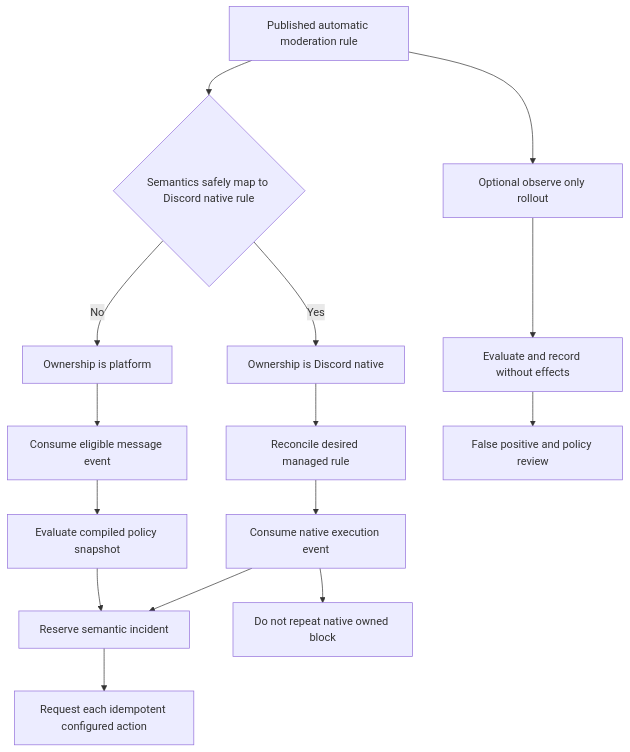
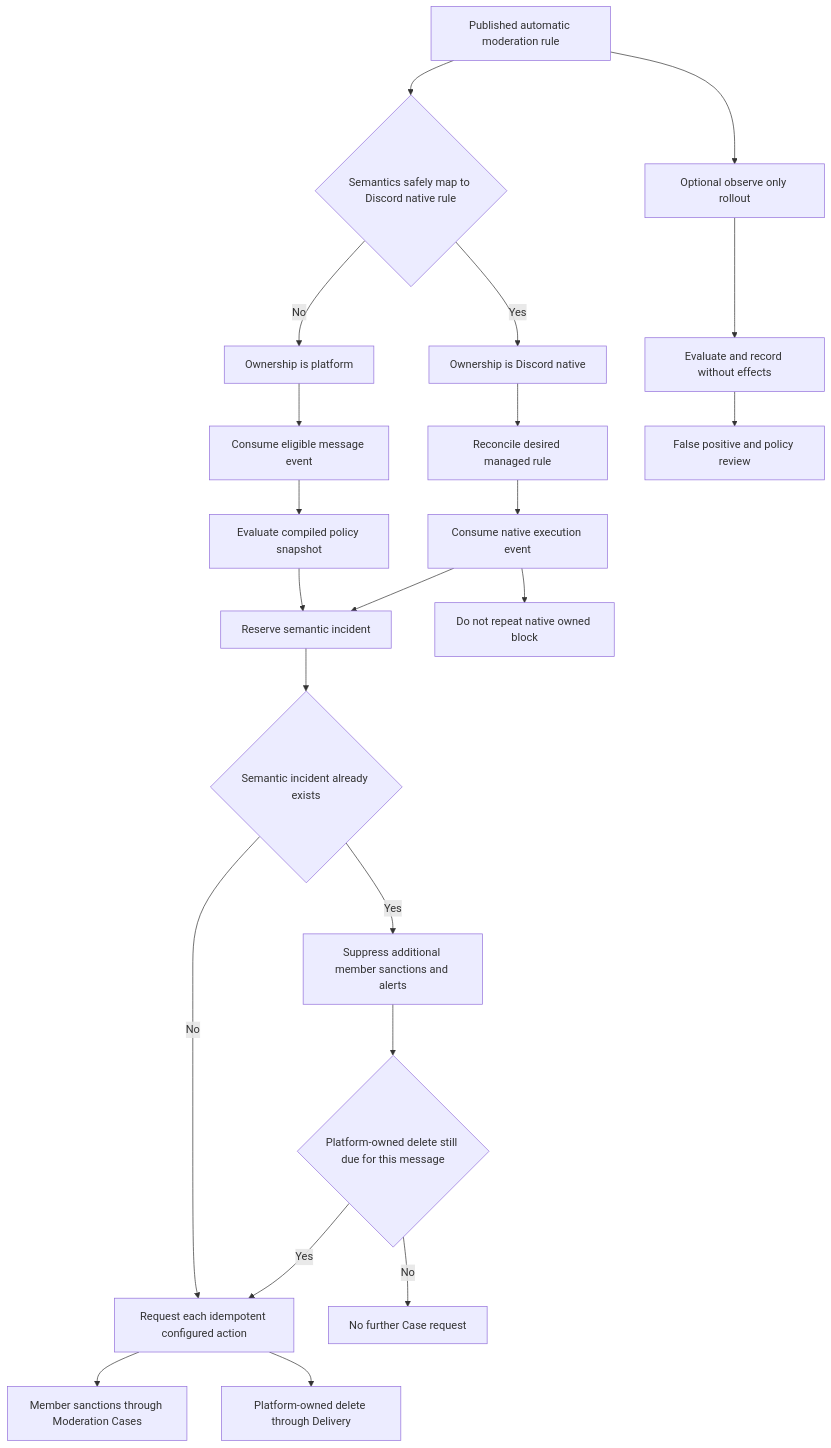
The diagram in docs/architecture/15-moderation.md (obsidia-systems/Discord-Bot-Open-Source), drawn with Mermaid before and after one commit. The commit also changed other lines of this file and 27 other files, not shown here.

First line of the commit message:
feat(architecture): add comprehensive architecture review documentation

````diff
--- a/docs/architecture/15-moderation.md
+++ b/docs/architecture/15-moderation.md
@@ -151,20 +161,27 @@
 ```mermaid
 flowchart TD
     Policy[Published automatic moderation rule] --> Supported{Semantics safely map to Discord native rule}
     Supported -- Yes --> Native[Ownership is Discord native]
     Supported -- No --> Platform[Ownership is platform]
     Policy --> Observe[Optional observe only rollout]
 
     Native --> Sync[Reconcile desired managed rule]
     Sync --> NativeEvent[Consume native execution event]
     NativeEvent --> Incident[Reserve semantic incident]
     NativeEvent --> NoRepeat[Do not repeat native owned block]
 
     Platform --> MessageEvent[Consume eligible message event]
     MessageEvent --> Evaluate[Evaluate compiled policy snapshot]
     Evaluate --> Incident
-    Incident --> Actions[Request each idempotent configured action]
+    Incident --> Duplicate{Semantic incident already exists}
+    Duplicate -- Yes --> Suppress[Suppress additional member sanctions and alerts]
+    Suppress --> DeleteDue{Platform-owned delete still due for this message}
+    DeleteDue -- Yes --> Actions
+    DeleteDue -- No --> Stop[No further Case request]
+    Duplicate -- No --> Actions[Request each idempotent configured action]
+    Actions --> Case[Member sanctions through Moderation Cases]
+    Actions --> Delete[Platform-owned delete through Delivery]
 
     Observe --> EvaluateOnly[Evaluate and record without effects]
     EvaluateOnly --> Review[False positive and policy review]
 ```
````
